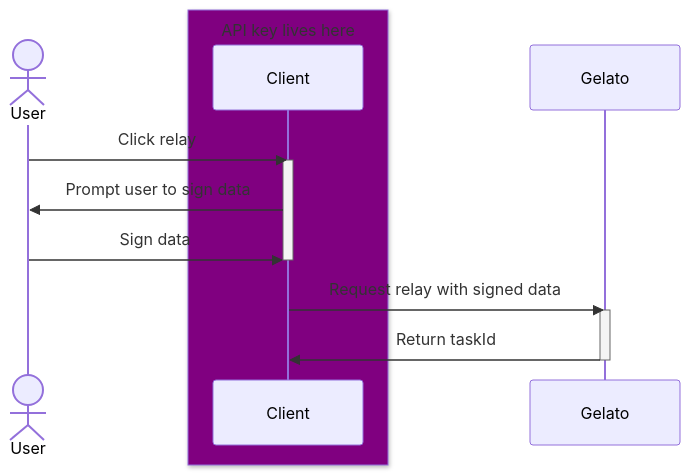
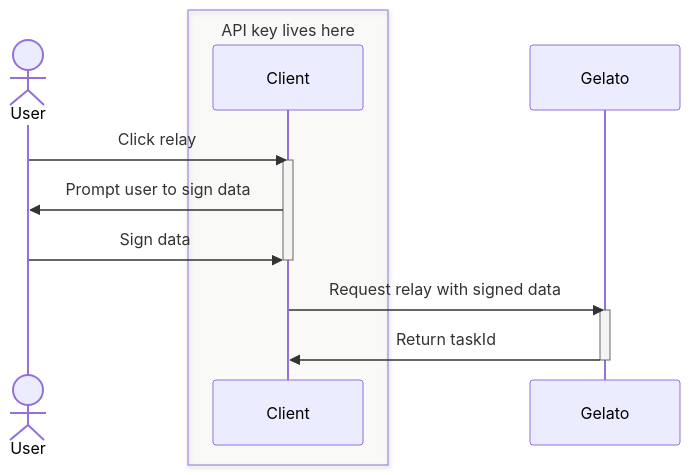
The first of 2 diagrams in packages/gelato-adapter/README.md (reservoirprotocol/reservoir-kit), drawn with Mermaid before and after one commit. The commit also changed other lines of this file, not shown here.

Commit message:
docs: improving sequenceDiagram theming

````diff
--- a/packages/gelato-adapter/README.md
+++ b/packages/gelato-adapter/README.md
@@ -28,20 +29,19 @@
 ```mermaid
 sequenceDiagram
-
 actor U as User
-box purple API key lives here
+box rgba(255, 255, 230, 0.1) API key lives here
 participant C as Client
 end
 participant G as Gelato
 
 
 U->>C: Click relay
 activate C
 C->>U: Prompt user to sign data
 U->>C: Sign data
 deactivate C
 C->>G: Request relay with signed data
 activate G
 G->>C: Return taskId
 deactivate G
 ```
````
